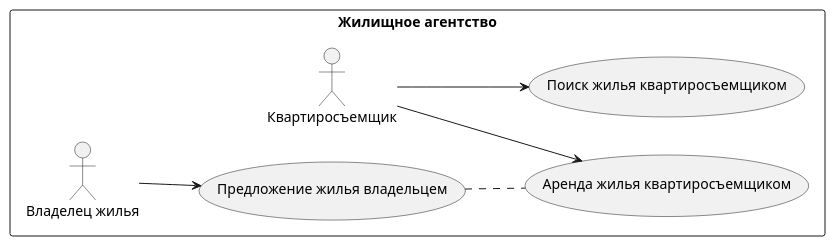
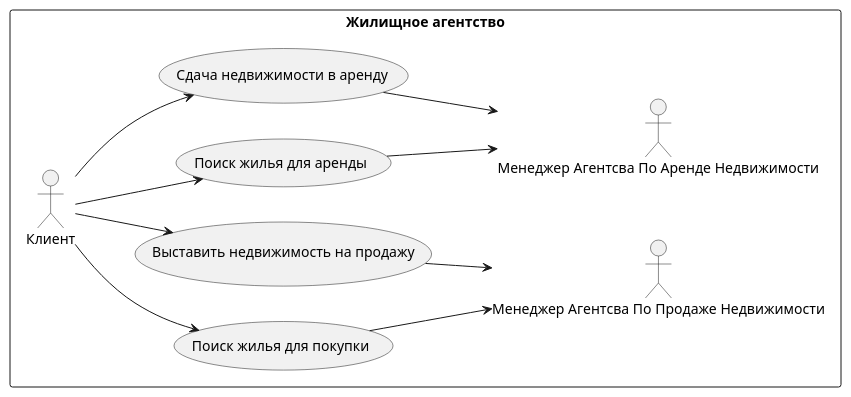
One commit to coolkrya/praktika_1 changed the diagram in diagramma.wsd. Above: the diagram before and after it, drawn with PlantUML.

```diff
--- a/diagramma.wsd
+++ b/diagramma.wsd
@@ -1,22 +1,29 @@
 @startuml Agency
 
 left to right direction
 skinparam packageStyle rectangle
 
 rectangle "Жилищное агентство" {
-    usecase (Поиск жилья квартиросъемщиком) as search
-    usecase (Аренда жилья квартиросъемщиком) as rent
-    usecase (Предложение жилья владельцем) as offer
+    usecase (Поиск жилья для покупки) as searchForBuy
+    usecase (Поиск жилья для аренды) as searchForRent 
+    usecase (Выставить недвижимость на продажу) as sellOffer
+    usecase (Сдача недвижимости в аренду) as rentOffer
 
-    actor Квартиросъемщик as tenant
-    actor :Владелец жилья: as owner
 
-    tenant --> search
-    tenant --> rent
-    owner --> offer
+    actor Клиент as client
+    actor :Менеджер Агентсва По Продаже Недвижимости: as sell_manager
+    actor :Менеджер Агентсва По Аренде Недвижимости: as rent_manager
 
-    offer .. rent
+    client --> searchForBuy
+    client --> searchForRent
+    client --> sellOffer
+    client --> rentOffer
+
+    searchForBuy --> sell_manager
+    sellOffer --> sell_manager
+    searchForRent --> rent_manager
+    rentOffer --> rent_manager 
 
 }
 
 @enduml
```
